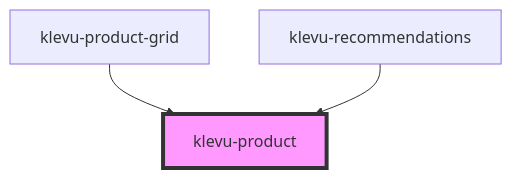
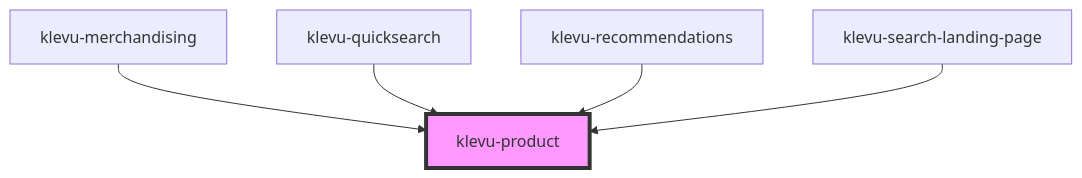
One commit to klevultd/frontend-sdk changed the diagram in packages/klevu-ui/src/components/klevu-product/readme.md. Above: the diagram before and after it, drawn with Mermaid. The commit also changed other lines of this file and 60 other files, not shown here.

````diff
--- a/packages/klevu-ui/src/components/klevu-product/readme.md
+++ b/packages/klevu-ui/src/components/klevu-product/readme.md
@@ -45,6 +47,8 @@
 ```mermaid
 graph TD;
-  klevu-product-grid --> klevu-product
+  klevu-merchandising --> klevu-product
+  klevu-quicksearch --> klevu-product
   klevu-recommendations --> klevu-product
+  klevu-search-landing-page --> klevu-product
   style klevu-product fill:#f9f,stroke:#333,stroke-width:4px
 ```
````
